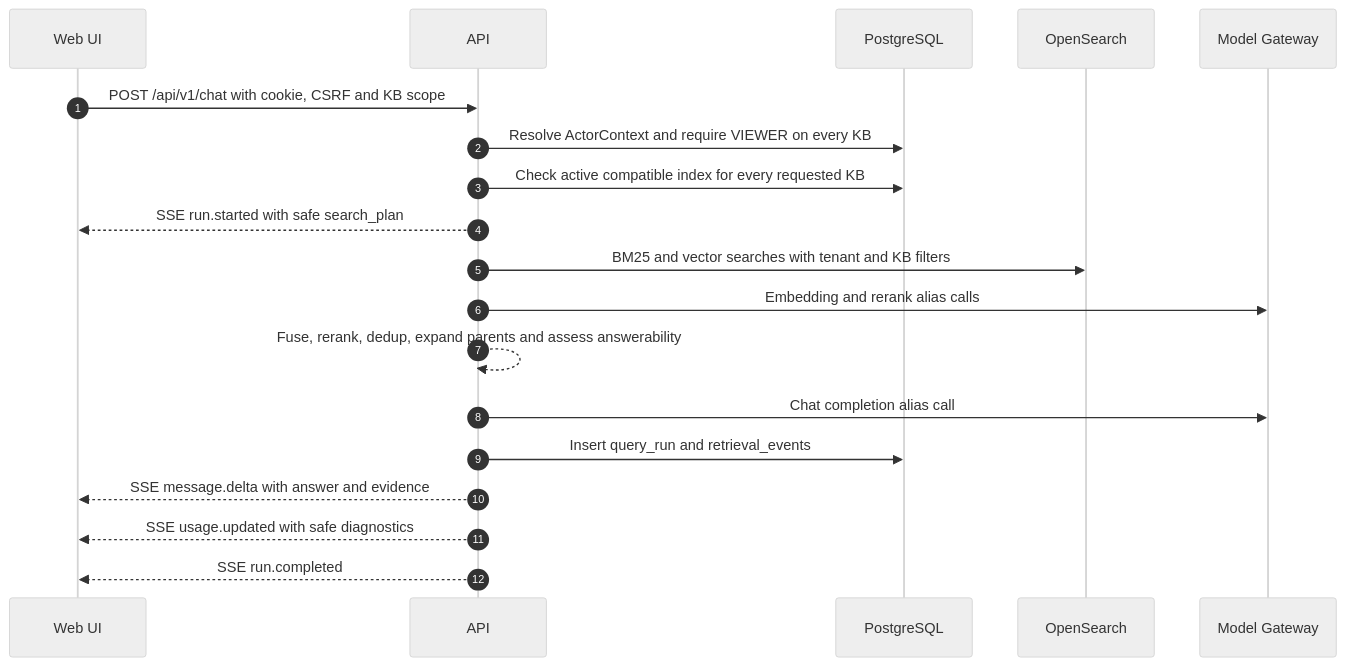
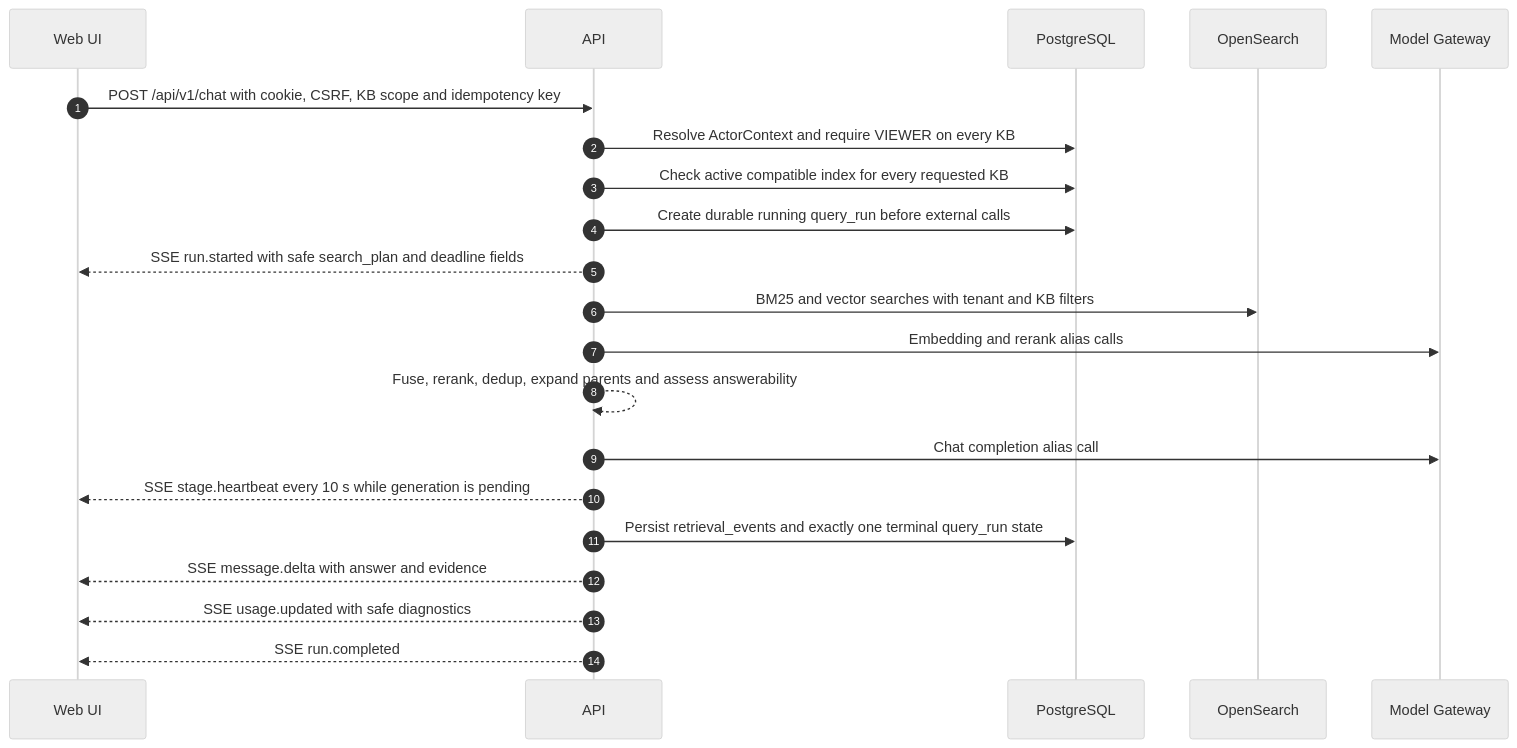
One commit to StickyClown/Wikipedia-RAG changed the sixth of 11 diagrams in docs/architecture/flows.md. Above: the diagram before and after it, drawn with Mermaid (neutral theme). The commit also changed other lines of this file and 106 other files, not shown here.

````diff
--- a/docs/architecture/flows.md
+++ b/docs/architecture/flows.md
@@ -146,22 +148,24 @@
 ```mermaid
 sequenceDiagram
     autonumber
     participant UI as Web UI
     participant API as API
     participant DB as PostgreSQL
     participant OS as OpenSearch
     participant GW as Model Gateway
 
-    UI->>API: POST /api/v1/chat with cookie, CSRF and KB scope
+    UI->>API: POST /api/v1/chat with cookie, CSRF, KB scope and idempotency key
     API->>DB: Resolve ActorContext and require VIEWER on every KB
     API->>DB: Check active compatible index for every requested KB
-    API-->>UI: SSE run.started with safe search_plan
+    API->>DB: Create durable running query_run before external calls
+    API-->>UI: SSE run.started with safe search_plan and deadline fields
     API->>OS: BM25 and vector searches with tenant and KB filters
     API->>GW: Embedding and rerank alias calls
     API-->>API: Fuse, rerank, dedup, expand parents and assess answerability
     API->>GW: Chat completion alias call
-    API->>DB: Insert query_run and retrieval_events
+    API-->>UI: SSE stage.heartbeat every 10 s while generation is pending
+    API->>DB: Persist retrieval_events and exactly one terminal query_run state
     API-->>UI: SSE message.delta with answer and evidence
     API-->>UI: SSE usage.updated with safe diagnostics
     API-->>UI: SSE run.completed
 ```
````
